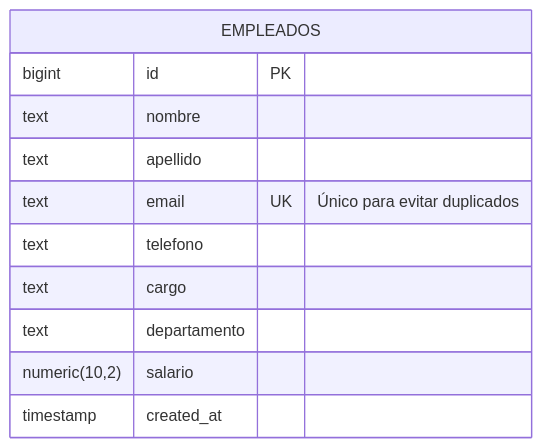
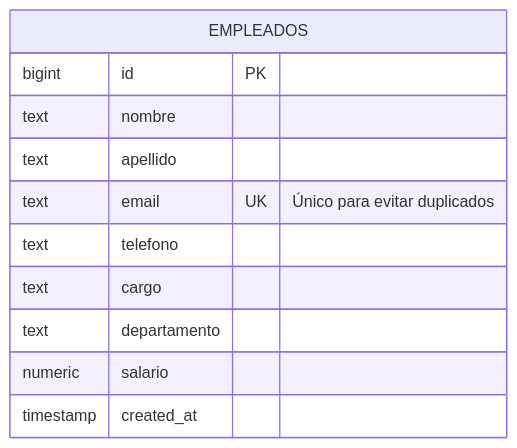
The diagram in README.md (santipiloot/procesador-csv), drawn with Mermaid before and after one commit. The commit also changed other lines of this file, not shown here.

````diff
--- a/README.md
+++ b/README.md
@@ -42,14 +42,14 @@
 ```mermaid
 erDiagram
     EMPLEADOS {
         bigint id PK
         text nombre
         text apellido
         text email UK "Único para evitar duplicados"
         text telefono
         text cargo
         text departamento
-        numeric(10,2) salario
+        numeric salario
         timestamp created_at
     }
 ```  
````
